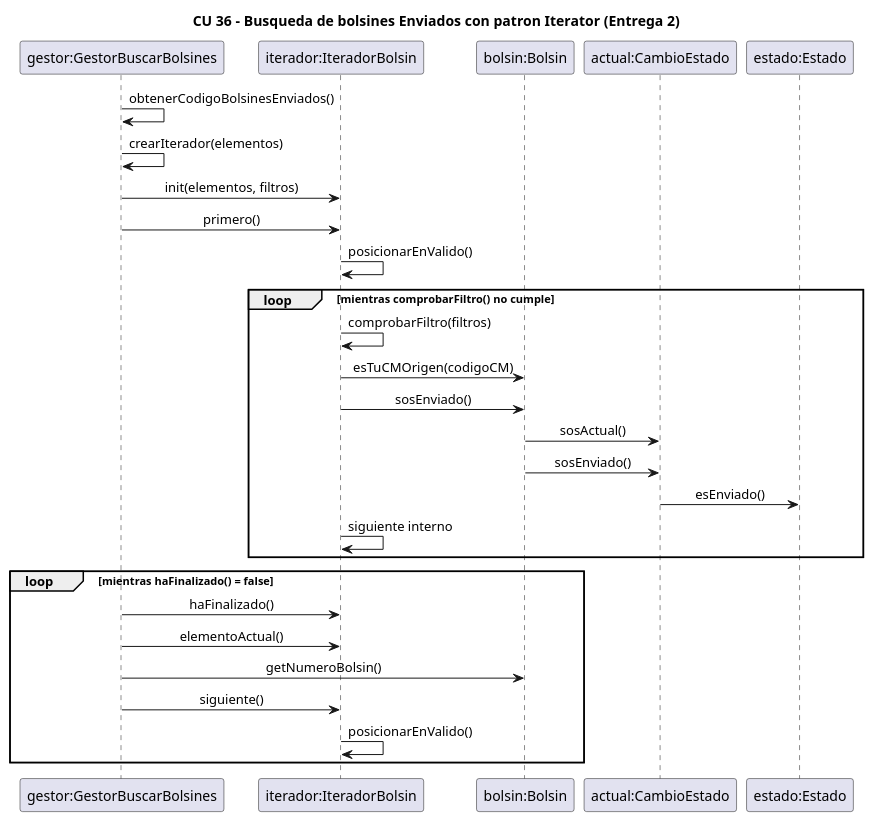
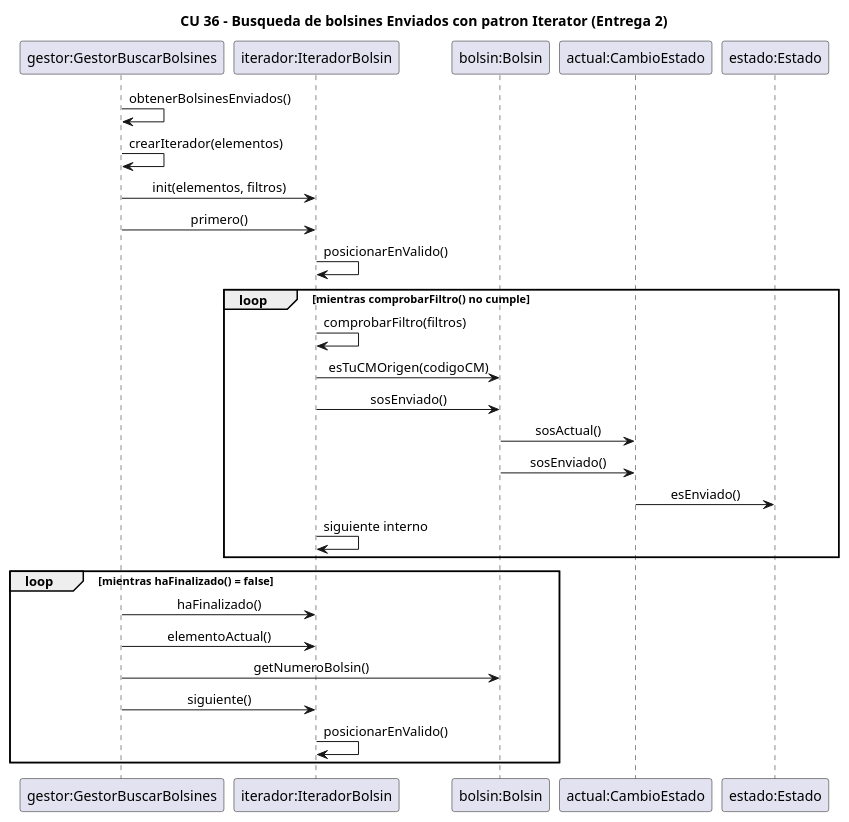
Before and after one commit to JoaquinMorais/DSI-TPI-Bolsines: the diagram in docs/05-vista-dinamica.md, drawn with PlantUML. The commit also changed other lines of this file and 17 other files, not shown here.

First line of the commit message:
Gestor del CU 36 con nombres del diagrama y flujos A1-A5

````diff
--- a/docs/05-vista-dinamica.md
+++ b/docs/05-vista-dinamica.md
@@ -11,35 +11,35 @@
 ```plantuml
 @startuml secuencia-cu36-iterator
 title CU 36 - Busqueda de bolsines Enviados con patron Iterator (Entrega 2)
 skinparam sequenceMessageAlign center
 
 participant "gestor:GestorBuscarBolsines" as G
 participant "iterador:IteradorBolsin" as IT
 participant "bolsin:Bolsin" as B
 participant "actual:CambioEstado" as CE
 participant "estado:Estado" as ES
 
-G -> G : obtenerCodigoBolsinesEnviados()
+G -> G : obtenerBolsinesEnviados()
 G -> G : crearIterador(elementos)
 G -> IT : init(elementos, filtros)
 G -> IT : primero()
 IT -> IT : posicionarEnValido()
 loop mientras comprobarFiltro() no cumple
   IT -> IT : comprobarFiltro(filtros)
   IT -> B : esTuCMOrigen(codigoCM)
   IT -> B : sosEnviado()
   B -> CE : sosActual()
   B -> CE : sosEnviado()
   CE -> ES : esEnviado()
   IT -> IT : siguiente interno
 end
 
 loop mientras haFinalizado() = false
   G -> IT : haFinalizado()
   G -> IT : elementoActual()
   G -> B : getNumeroBolsin()
   G -> IT : siguiente()
   IT -> IT : posicionarEnValido()
 end
 @enduml
 ```
````
